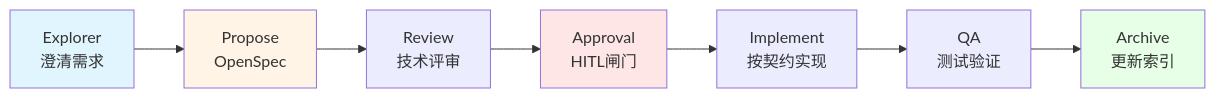
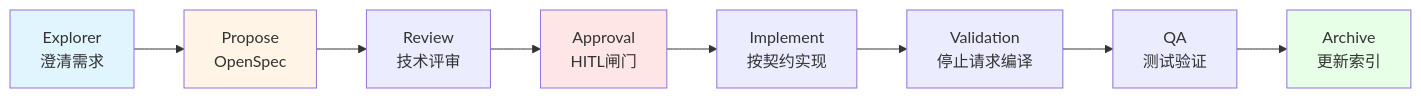
Before and after one commit to listener-He/java-harness-agent: the third of 5 diagrams in README_zh.md, drawn with Mermaid. The commit also changed other lines of this file and 12 other files, not shown here.

````diff
--- a/README_zh.md
+++ b/README_zh.md
@@ -313,14 +349,14 @@
 ```mermaid
 graph LR
     A[Explorer<br/>澄清需求] --> B[Propose<br/>OpenSpec]
     B --> C[Review<br/>技术评审]
-    C --> D[Approval<br/>HITL闸门]
-    D --> E[Implement<br/>按契约实现]
-    E --> F[QA<br/>测试验证]
+    C --> D[Approval<br/>HITL闸门] --> E[Implement<br/>按契约实现]
+    E --> V[Validation<br/>停止请求编译]
+    V --> F[QA<br/>测试验证]
     F --> G[Archive<br/>更新索引]
     
     style A fill:#e1f5ff
     style B fill:#fff4e6
     style D fill:#ffe6e6
     style G fill:#e6ffe6
 ```
````
